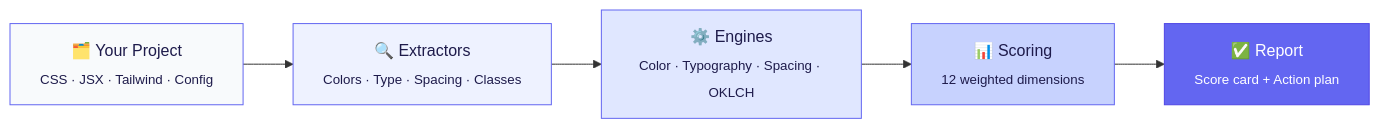
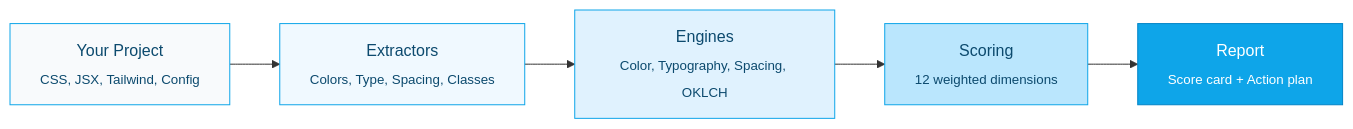
One commit to Aboudjem/ui-ux-suite changed the diagram in README.md. Above: the diagram before and after it, drawn with Mermaid. The commit also changed other lines of this file and 44 other files, not shown here.

````diff
--- a/README.md
+++ b/README.md
@@ -67,13 +308,13 @@
 ```mermaid
 graph LR
-    A["🗂️ Your Project<br/><sub>CSS · JSX · Tailwind · Config</sub>"] --> B["🔍 Extractors<br/><sub>Colors · Type · Spacing · Classes</sub>"]
-    B --> C["⚙️ Engines<br/><sub>Color · Typography · Spacing · OKLCH</sub>"]
-    C --> D["📊 Scoring<br/><sub>12 weighted dimensions</sub>"]
-    D --> E["✅ Report<br/><sub>Score card + Action plan</sub>"]
+    A["Your Project<br/><sub>CSS, JSX, Tailwind, Config</sub>"] --> B["Extractors<br/><sub>Colors, Type, Spacing, Classes</sub>"]
+    B --> C["Engines<br/><sub>Color, Typography, Spacing, OKLCH</sub>"]
+    C --> D["Scoring<br/><sub>12 weighted dimensions</sub>"]
+    D --> E["Report<br/><sub>Score card + Action plan</sub>"]
 
-    style A fill:#f8fafc,stroke:#6366f1,color:#1e1b4b
-    style B fill:#eef2ff,stroke:#6366f1,color:#1e1b4b
-    style C fill:#e0e7ff,stroke:#6366f1,color:#1e1b4b
-    style D fill:#c7d2fe,stroke:#6366f1,color:#1e1b4b
-    style E fill:#6366f1,stroke:#4f46e5,color:#ffffff
+    style A fill:#f8fafc,stroke:#0ea5e9,color:#0c4a6e
+    style B fill:#f0f9ff,stroke:#0ea5e9,color:#0c4a6e
+    style C fill:#e0f2fe,stroke:#0ea5e9,color:#0c4a6e
+    style D fill:#bae6fd,stroke:#0ea5e9,color:#0c4a6e
+    style E fill:#0ea5e9,stroke:#0284c7,color:#ffffff
 ```
````
